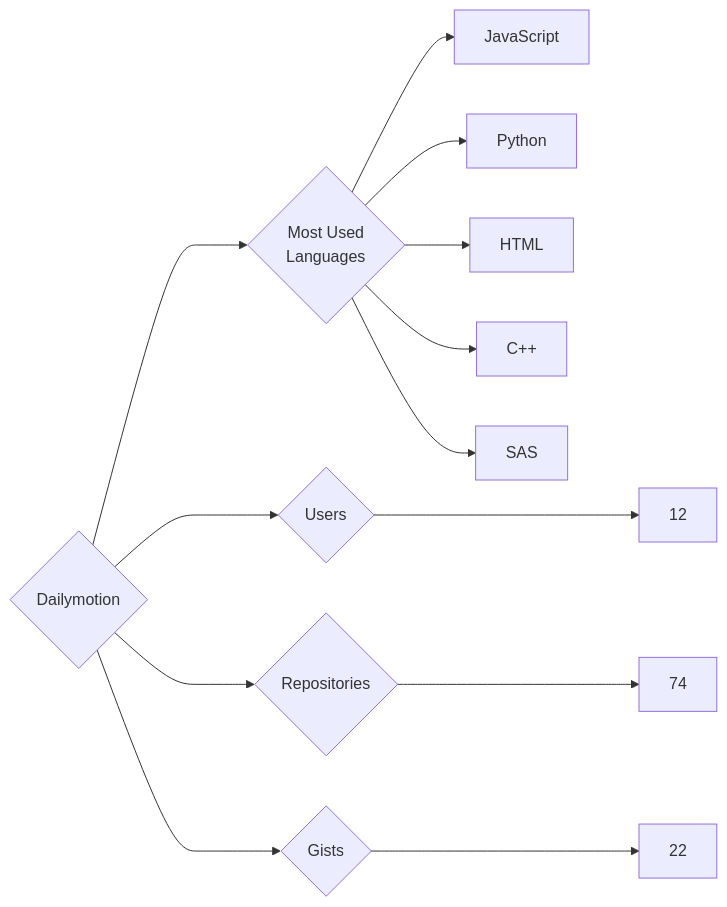
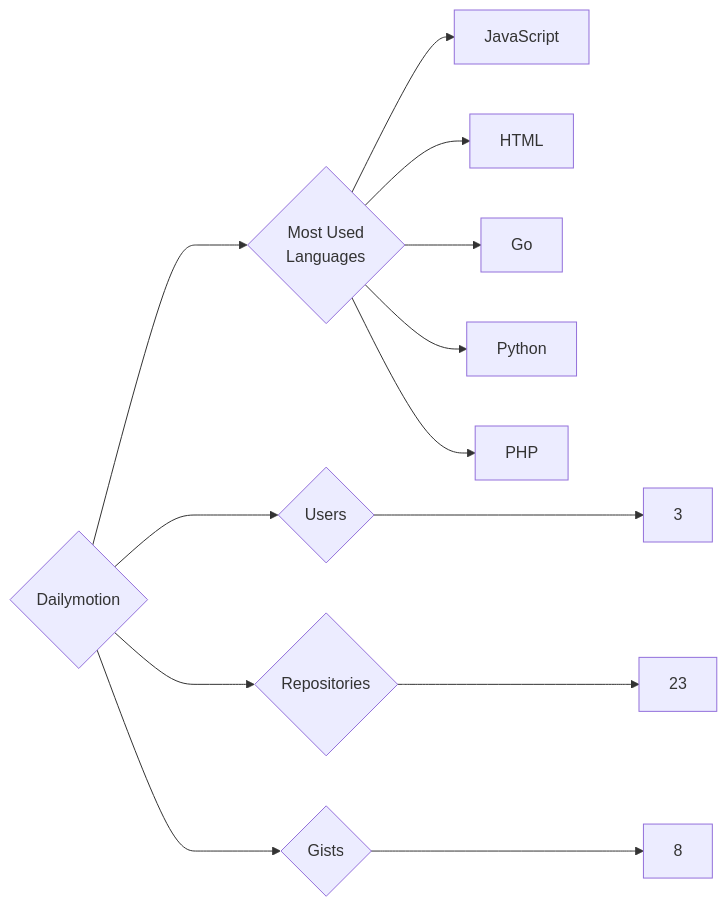
The diagram in targets/Dailymotion/README.md (trickest/insiders), drawn with Mermaid before and after one commit. The commit also changed 860 other files, not shown here.

````diff
--- a/targets/Dailymotion/README.md
+++ b/targets/Dailymotion/README.md
@@ -3,13 +3,13 @@
 ```mermaid
 graph LR
 COMPANY_NAME{Dailymotion}
-COMPANY_NAME ---> U{Users} ---> UN[12]
-COMPANY_NAME ---> R{Repositories} ---> RN[74]
-COMPANY_NAME ---> G{Gists} ---> GN[22]
+COMPANY_NAME ---> U{Users} ---> UN[3]
+COMPANY_NAME ---> R{Repositories} ---> RN[23]
+COMPANY_NAME ---> G{Gists} ---> GN[8]
 COMPANY_NAME ---> ML{Most Used<br>Languages}
 ML --> JavaScript[JavaScript]
+ML --> HTML[HTML]
+ML --> Go[Go]
 ML --> Python[Python]
-ML --> HTML[HTML]
-ML --> C++[C++]
-ML --> SAS[SAS]
+ML --> PHP[PHP]
 ```
````
